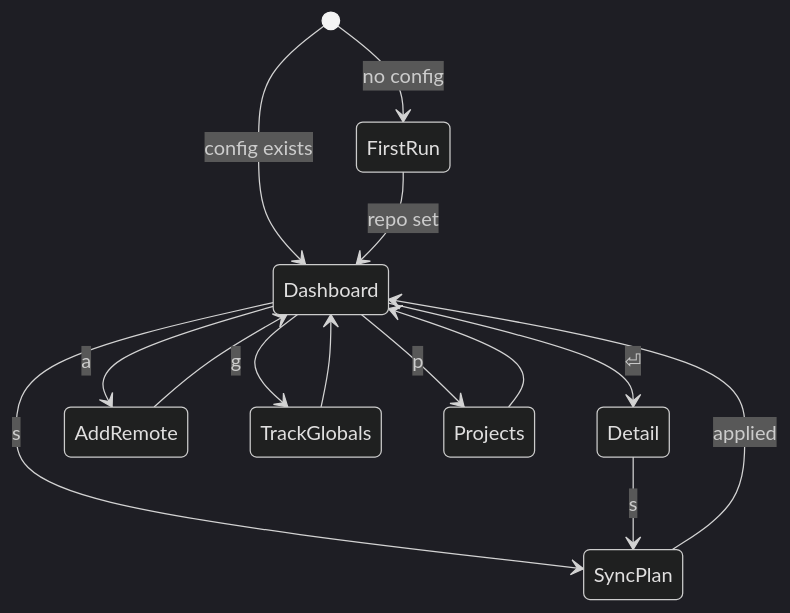
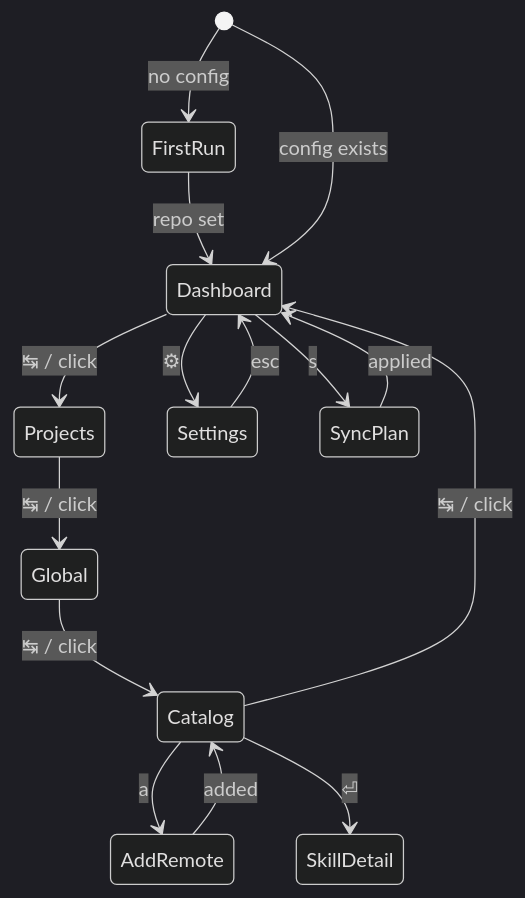
The diagram in docs/features/tui-dashboard.md (mikevalstar/skilloom), drawn with Mermaid (dark theme) before and after one commit. The commit also changed other lines of this file, not shown here.

````diff
--- a/docs/features/tui-dashboard.md
+++ b/docs/features/tui-dashboard.md
@@ -35,16 +63,17 @@
 ```mermaid
 stateDiagram-v2
     [*] --> FirstRun: no config
+    FirstRun --> Dashboard: repo set
     [*] --> Dashboard: config exists
-    FirstRun --> Dashboard: repo set
-    Dashboard --> Detail: ⏎
-    Dashboard --> AddRemote: a
-    Dashboard --> TrackGlobals: g
-    Dashboard --> Projects: p
+    Dashboard --> Projects: ↹ / click
+    Projects --> Global: ↹ / click
+    Global --> Catalog: ↹ / click
+    Catalog --> Dashboard: ↹ / click
+    Dashboard --> Settings: ⚙
+    Settings --> Dashboard: esc
+    Catalog --> AddRemote: a
+    AddRemote --> Catalog: added
+    Catalog --> SkillDetail: ⏎
     Dashboard --> SyncPlan: s
-    Detail --> SyncPlan: s
-    AddRemote --> Dashboard
-    TrackGlobals --> Dashboard
-    Projects --> Dashboard
     SyncPlan --> Dashboard: applied
 ```
````
